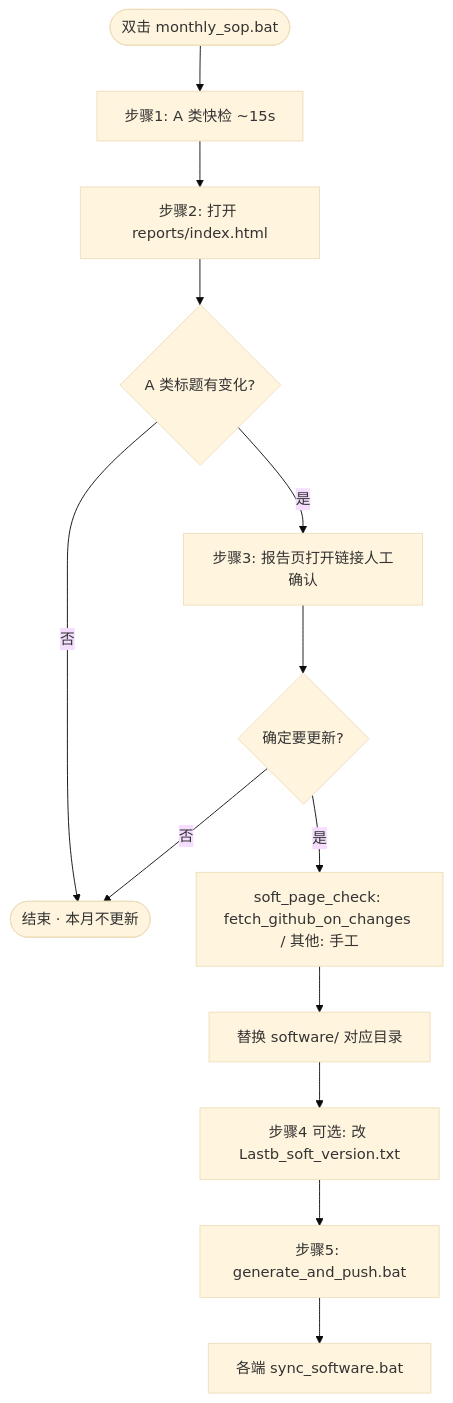
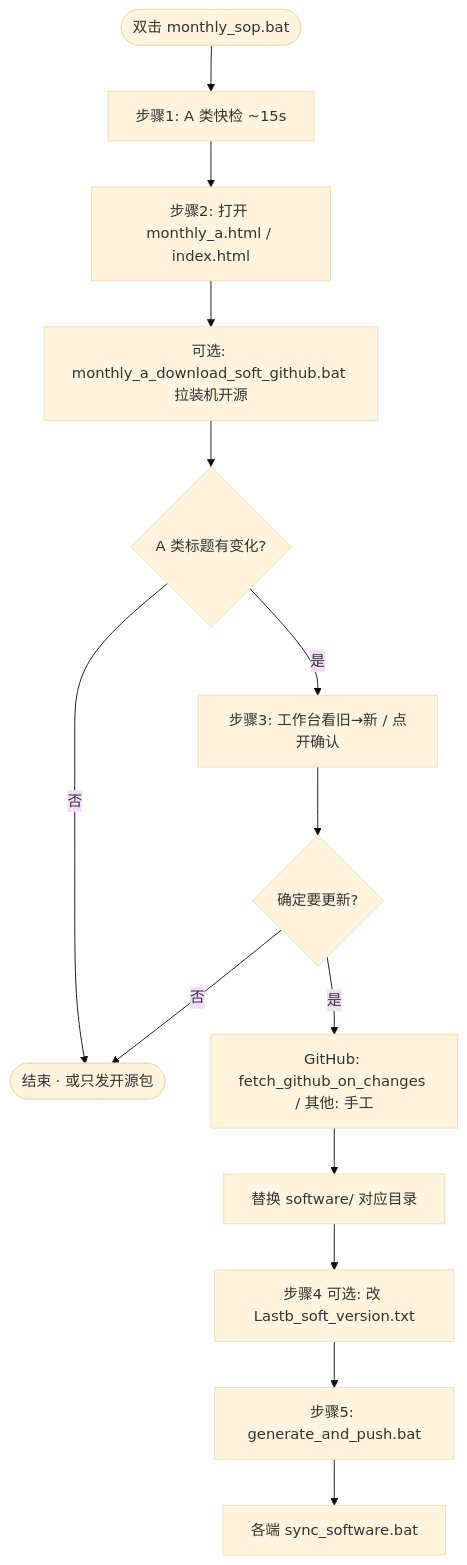
Before and after one commit to shellsec/softgitup: the diagram in soft_page_check/README.md, drawn with Mermaid (base theme). The commit also changed other lines of this file and 95 other files, not shown here.

````diff
--- a/soft_page_check/README.md
+++ b/soft_page_check/README.md
@@ -19,15 +20,16 @@
 ```mermaid
 flowchart TD
   Start([双击 monthly_sop.bat]) --> S1[步骤1: A 类快检 ~15s]
-  S1 --> S2[步骤2: 打开 reports/index.html]
-  S2 --> Q{A 类标题有变化?}
-  Q -->|否| EndOK([结束 · 本月不更新])
-  Q -->|是| S3[步骤3: 报告页打开链接人工确认]
+  S1 --> S2[步骤2: 打开 monthly_a.html / index.html]
+  S2 --> Soft[可选: monthly_a_download_soft_github.bat 拉装机开源]
+  Soft --> Q{A 类标题有变化?}
+  Q -->|否| EndOK([结束 · 或只发开源包])
+  Q -->|是| S3[步骤3: 工作台看旧→新 / 点开确认]
   S3 --> Q2{确定要更新?}
   Q2 -->|否| EndOK
-  Q2 -->|是| DL[soft_page_check: fetch_github_on_changes / 其他: 手工]
+  Q2 -->|是| DL[GitHub: fetch_github_on_changes / 其他: 手工]
   DL --> REP[替换 software/ 对应目录]
   REP --> S4[步骤4 可选: 改 Lastb_soft_version.txt]
   S4 --> S5[步骤5: generate_and_push.bat]
   S5 --> Sync[各端 sync_software.bat]
 ```
````
